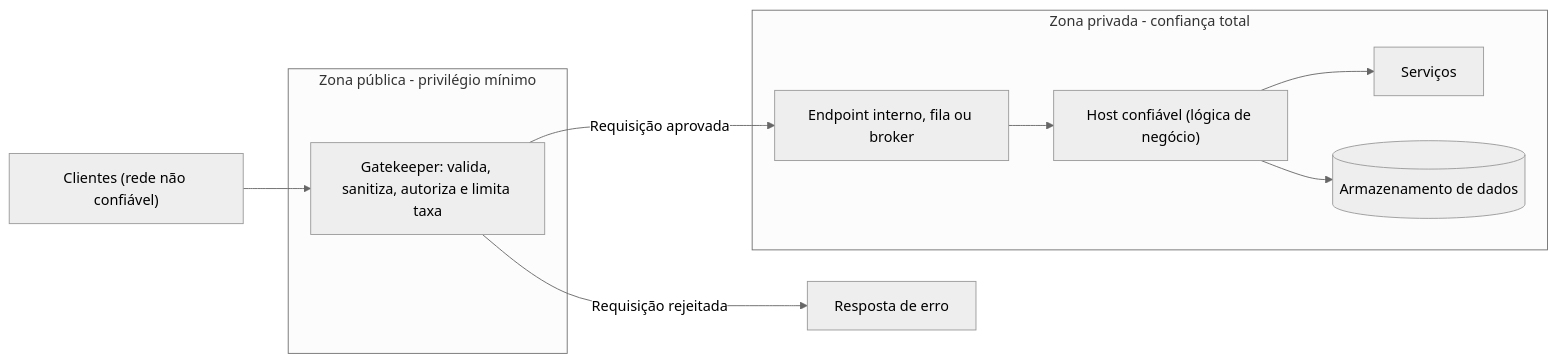
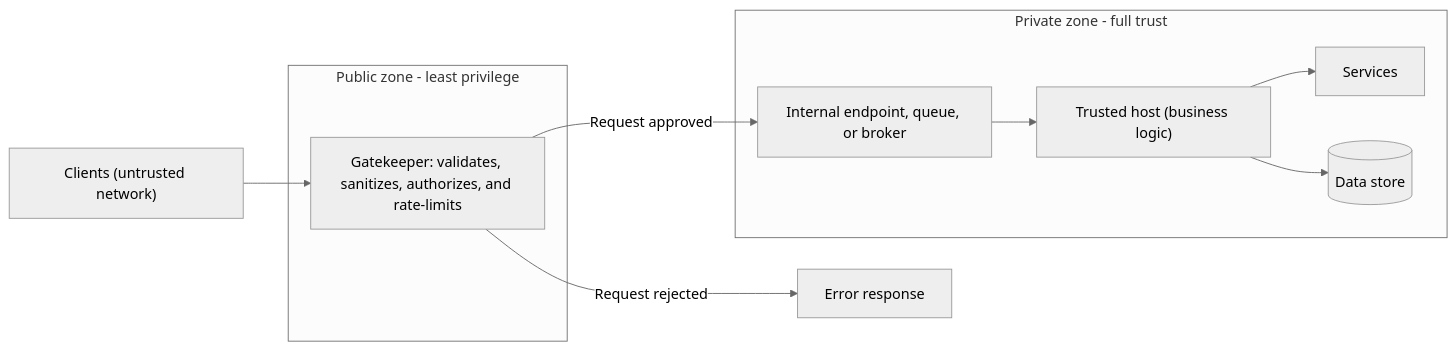
Before and after one commit to alancesar/design-patterns: the diagram in docs/cloud/cloud-design-patterns/security-and-access/gatekeeper.md, drawn with Mermaid (neutral theme). The commit also changed 258 other files, not shown here.

First line of the commit message:
Translate Mermaid diagrams to English

````diff
--- a/docs/cloud/cloud-design-patterns/security-and-access/gatekeeper.md
+++ b/docs/cloud/cloud-design-patterns/security-and-access/gatekeeper.md
@@ -62,14 +62,14 @@
 ```mermaid
 flowchart LR
-    C["Clientes (rede não confiável)"] --> G
-    subgraph Publico["Zona pública - privilégio mínimo"]
-        G["Gatekeeper: valida, sanitiza, autoriza e limita taxa"]
+    C["Clients (untrusted network)"] --> G
+    subgraph Publico["Public zone - least privilege"]
+        G["Gatekeeper: validates, sanitizes, authorizes, and rate-limits"]
     end
-    G -- "Requisição rejeitada" --> X["Resposta de erro"]
-    G -- "Requisição aprovada" --> Q["Endpoint interno, fila ou broker"]
-    subgraph Privado["Zona privada - confiança total"]
-        Q --> T["Host confiável (lógica de negócio)"]
-        T --> S["Serviços"]
-        T --> D[("Armazenamento de dados")]
+    G -- "Request rejected" --> X["Error response"]
+    G -- "Request approved" --> Q["Internal endpoint, queue, or broker"]
+    subgraph Privado["Private zone - full trust"]
+        Q --> T["Trusted host (business logic)"]
+        T --> S["Services"]
+        T --> D[("Data store")]
     end
 ```
````
